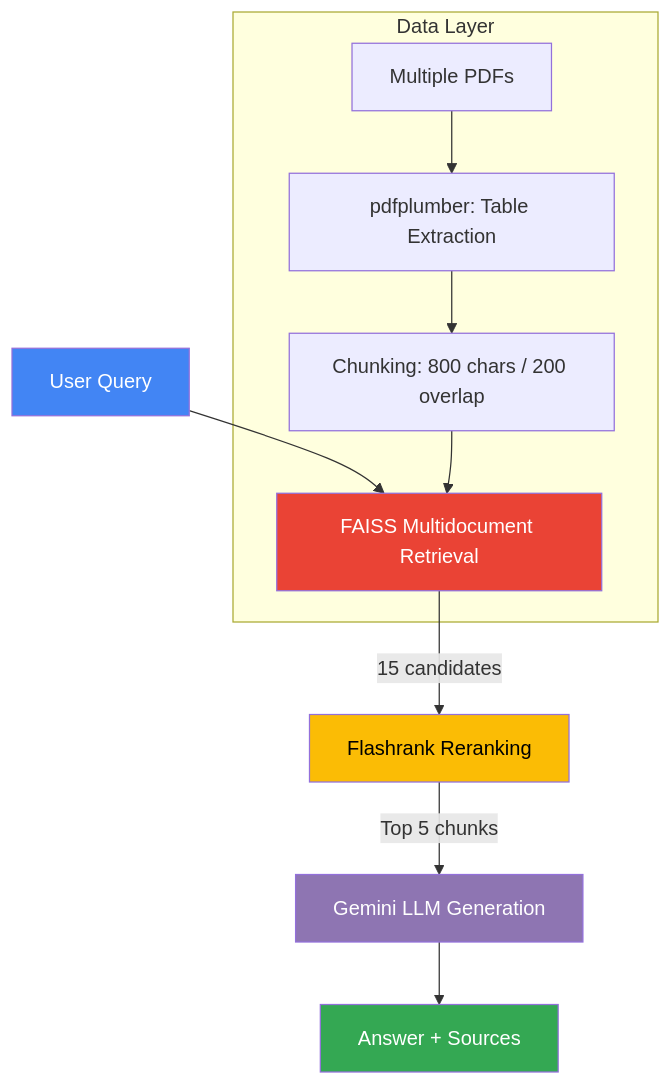
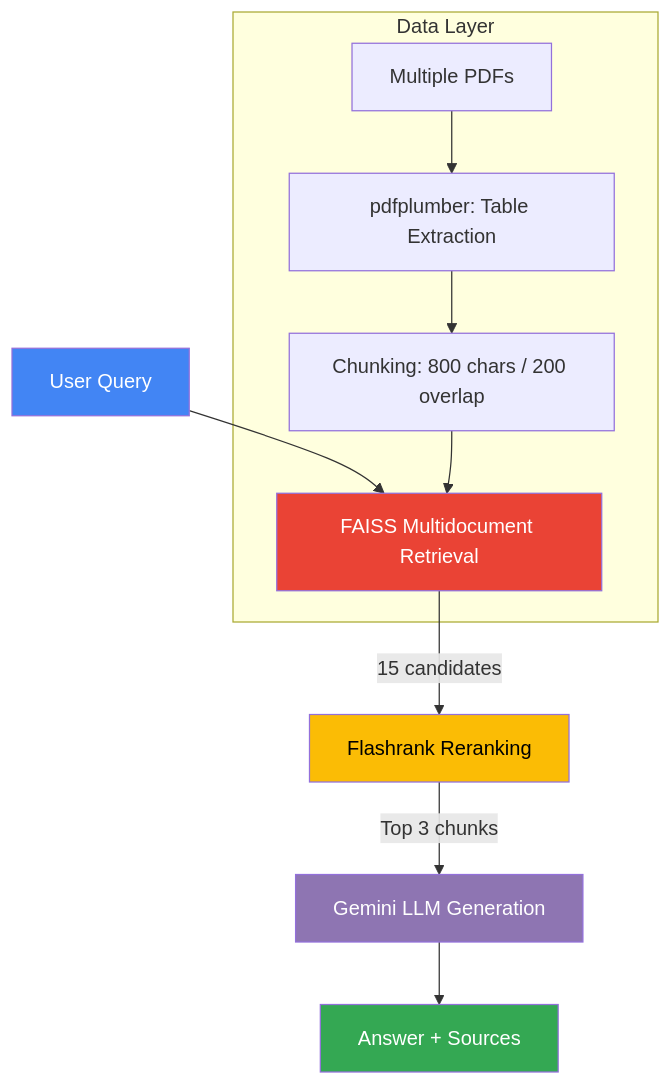
The diagram in Readme.md (bernytech25/rag-agent), drawn with Mermaid before and after one commit. The commit also changed other lines of this file and 9 other files, not shown here.

````diff
--- a/Readme.md
+++ b/Readme.md
@@ -32,19 +31,19 @@
 ```mermaid
 flowchart TD
     A[User Query] --> B[FAISS Multidocument Retrieval]
     B -->|15 candidates| C[Flashrank Reranking]
-    C -->|Top 5 chunks| D[Gemini LLM Generation]
+    C -->|Top 3 chunks| D[Gemini LLM Generation]
     D --> E[Answer + Sources]
 
     subgraph Data Layer
         F[Multiple PDFs] --> G[pdfplumber: Table Extraction]
         G --> H[Chunking: 800 chars / 200 overlap]
         H --> B
     end
 
     style A fill:#4285F4,color:#fff
     style E fill:#34A853,color:#fff
     style B fill:#EA4335,color:#fff
     style C fill:#FBBC05,color:#000
     style D fill:#8E75B2,color:#fff
 ```
````
